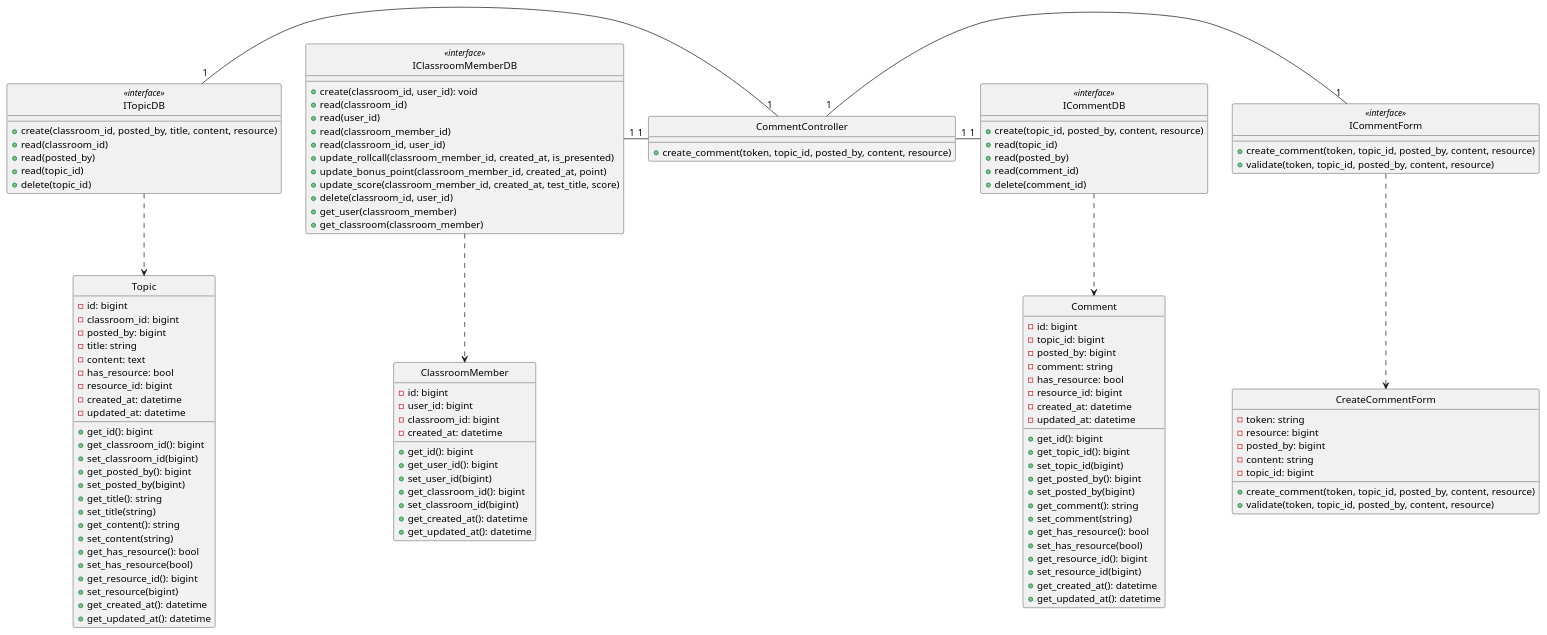
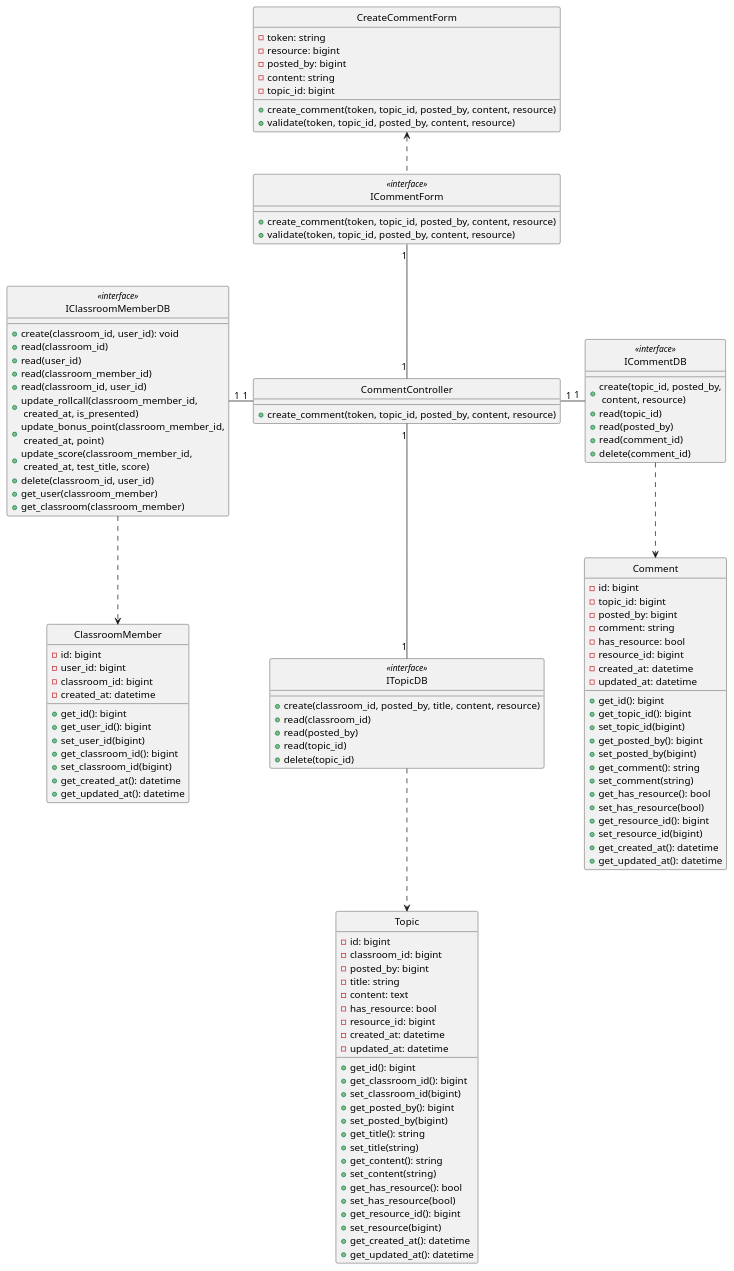
One commit to anonyhostvn/OOAD-Diagram changed the diagram in class - design/comment/createComment.plantuml. Above: the diagram before and after it, drawn with PlantUML. The commit also changed 9 other files, not shown here.

Commit message:
shorten diagram

```diff
--- a/class - design/comment/createComment.plantuml
+++ b/class - design/comment/createComment.plantuml
@@ -1,144 +1,144 @@
 @startuml createComment
 
 class CreateCommentForm {
     - token: string
     - resource: bigint
     - posted_by: bigint
     - content: string
     - topic_id: bigint
 
     + create_comment(token, topic_id, posted_by, content, resource)
     + validate(token, topic_id, posted_by, content, resource)
 }
 
 class ICommentForm <<interface>> {
     + create_comment(token, topic_id, posted_by, content, resource)
     + validate(token, topic_id, posted_by, content, resource)
 }
 
 class CommentController {
     + create_comment(token, topic_id, posted_by, content, resource)
 }
 
 class ClassroomMember {
     - id: bigint
     - user_id: bigint
     - classroom_id: bigint
     - created_at: datetime
 
     + get_id(): bigint
     + get_user_id(): bigint
     + set_user_id(bigint)
     + get_classroom_id(): bigint
     + set_classroom_id(bigint)
     + get_created_at(): datetime
     + get_updated_at(): datetime
 }
 
 class IClassroomMemberDB <<interface>> {
     + create(classroom_id, user_id): void
     + read(classroom_id)
     + read(user_id)
     + read(classroom_member_id)
     + read(classroom_id, user_id)
-    + update_rollcall(classroom_member_id, created_at, is_presented)
-    + update_bonus_point(classroom_member_id, created_at, point)
-    + update_score(classroom_member_id, created_at, test_title, score)
+    + update_rollcall(classroom_member_id,\n created_at, is_presented)
+    + update_bonus_point(classroom_member_id,\n created_at, point)
+    + update_score(classroom_member_id,\n created_at, test_title, score)
     + delete(classroom_id, user_id)
     + get_user(classroom_member)
     + get_classroom(classroom_member)
 }
 
 
 class Topic {
     - id: bigint
     - classroom_id: bigint
     - posted_by: bigint
     - title: string
     - content: text
     - has_resource: bool
     - resource_id: bigint
     - created_at: datetime
     - updated_at: datetime
 
     + get_id(): bigint
     + get_classroom_id(): bigint
     + set_classroom_id(bigint)
     + get_posted_by(): bigint
     + set_posted_by(bigint)
     + get_title(): string
     + set_title(string)
     + get_content(): string
     + set_content(string)
     + get_has_resource(): bool
     + set_has_resource(bool)
     + get_resource_id(): bigint
     + set_resource(bigint)
     + get_created_at(): datetime
     + get_updated_at(): datetime
 }
 
 class ITopicDB <<interface>> {
     + create(classroom_id, posted_by, title, content, resource)
     + read(classroom_id)
     + read(posted_by)
     + read(topic_id)
     + delete(topic_id)
 }
 
 
 class Comment {
     - id: bigint
     - topic_id: bigint
     - posted_by: bigint
     - comment: string
     - has_resource: bool
     - resource_id: bigint
     - created_at: datetime
     - updated_at: datetime
 
     + get_id(): bigint
     + get_topic_id(): bigint
     + set_topic_id(bigint)
     + get_posted_by(): bigint
     + set_posted_by(bigint)
     + get_comment(): string
     + set_comment(string)
     + get_has_resource(): bool
     + set_has_resource(bool)
     + get_resource_id(): bigint
     + set_resource_id(bigint)
     + get_created_at(): datetime
     + get_updated_at(): datetime
 }
 
 class ICommentDB <<interface>> {
-    + create(topic_id, posted_by, content, resource)
+    + create(topic_id, posted_by,\n content, resource)
     + read(topic_id)
     + read(posted_by)
     + read(comment_id)
     + delete(comment_id)
 }
 
 hide CreateCommentForm circle
 hide ICommentForm <<interface>> circle
 hide CommentController circle
 hide IClassroomMemberDB <<interface>> circle
 hide ClassroomMember circle
 hide ITopicDB <<interface>> circle
 hide Topic circle 
 hide ICommentDB <<interface>> circle
 hide Comment circle 
 
 
-ICommentForm .down.> CreateCommentForm
+ICommentForm .up.> CreateCommentForm
 IClassroomMemberDB .down.> ClassroomMember
 ITopicDB .down.> Topic
 ICommentDB .down.> Comment
-ICommentForm "1"-left-"1" CommentController
+ICommentForm "1"-down-"1" CommentController
 CommentController "1"-left-"1" IClassroomMemberDB
-CommentController "1"-left-"1" ITopicDB
+CommentController "1"-down-"1" ITopicDB
 CommentController "1"-right-"1" ICommentDB
 
 
 @enduml
```
